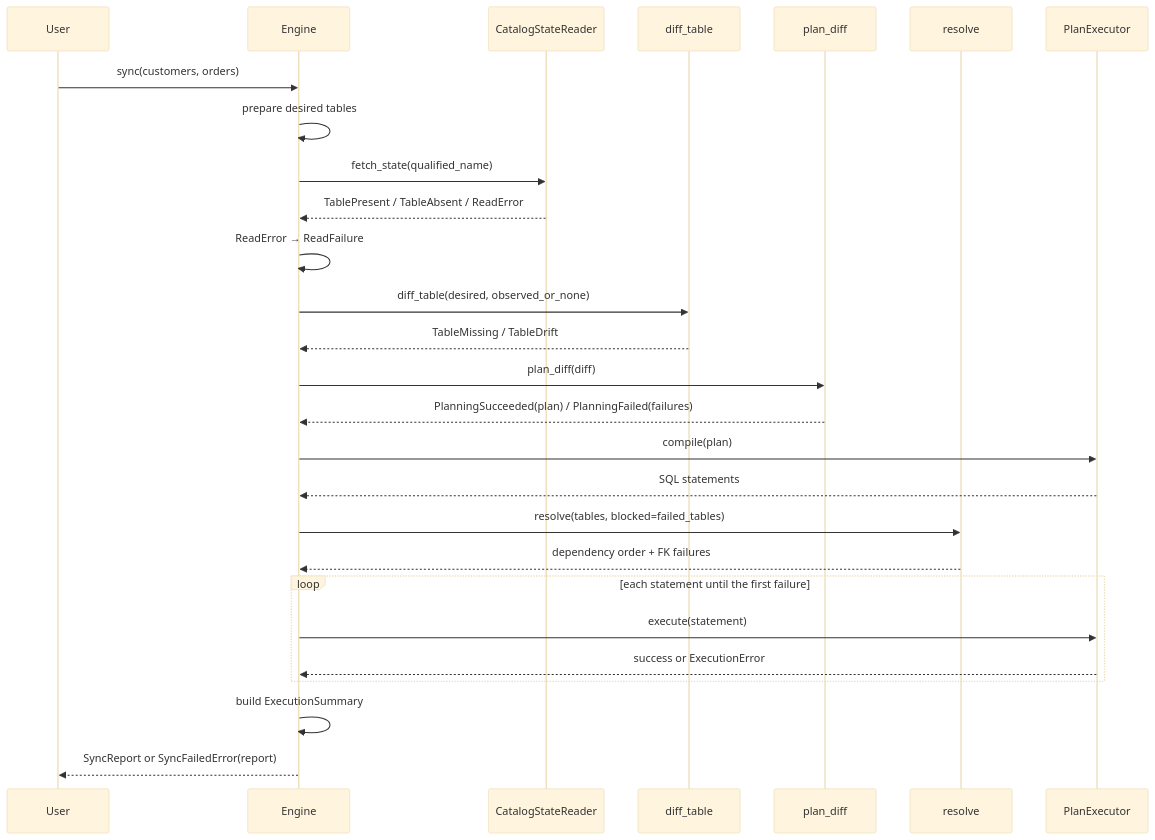
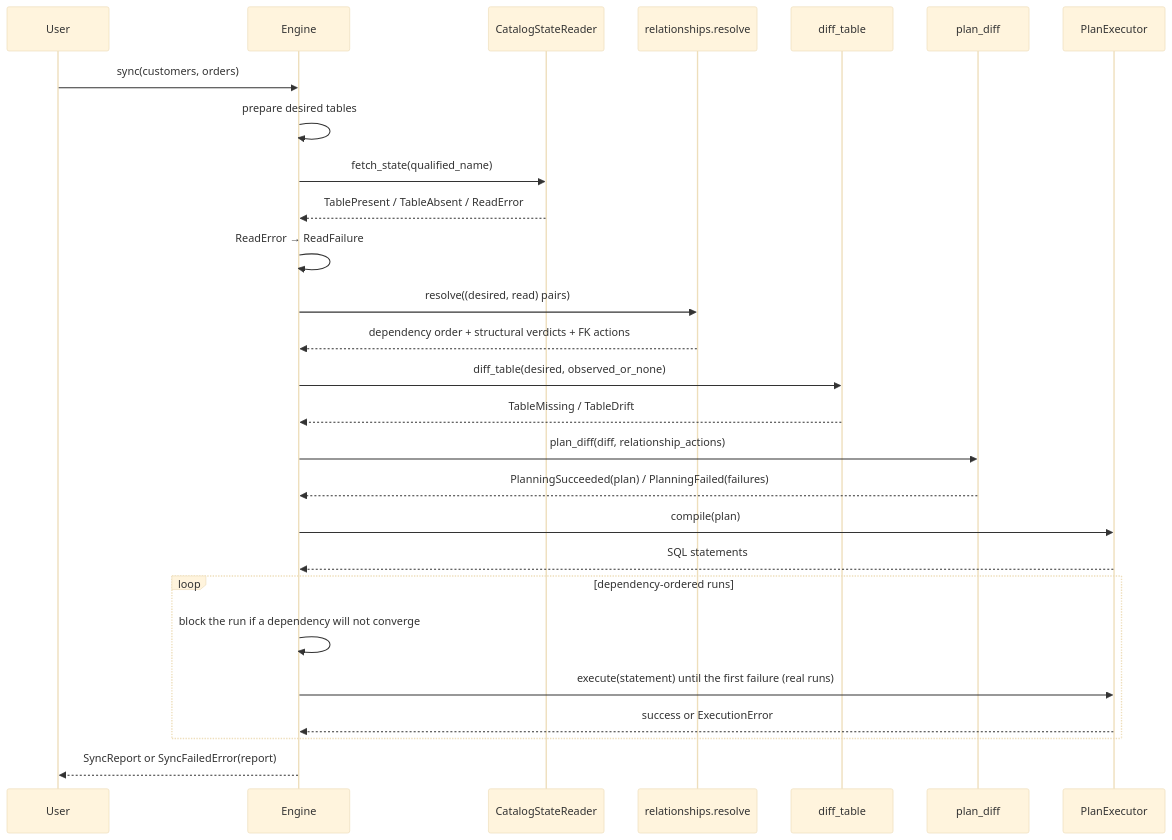
Before and after one commit to Tomoscorbin/delta-engine: the third of 5 diagrams in docs/explanation-architecture.md, drawn with Mermaid (base theme). The commit also changed other lines of this file and 3 other files, not shown here.

Commit message:
docs: describe the relationship resolver phase order

````diff
--- a/docs/explanation-architecture.md
+++ b/docs/explanation-architecture.md
@@ -273,30 +273,30 @@
 ```mermaid
 sequenceDiagram
     participant User
     participant Engine
     participant Reader as CatalogStateReader
+    participant Resolver as relationships.resolve
     participant Differ as diff_table
     participant Planner as plan_diff
-    participant Resolver as resolve
     participant Executor as PlanExecutor
 
     User->>Engine: sync(customers, orders)
     Engine->>Engine: prepare desired tables
     Engine->>Reader: fetch_state(qualified_name)
     Reader-->>Engine: TablePresent / TableAbsent / ReadError
     Engine->>Engine: ReadError → ReadFailure
+    Engine->>Resolver: resolve((desired, read) pairs)
+    Resolver-->>Engine: dependency order + structural verdicts + FK actions
     Engine->>Differ: diff_table(desired, observed_or_none)
     Differ-->>Engine: TableMissing / TableDrift
-    Engine->>Planner: plan_diff(diff)
+    Engine->>Planner: plan_diff(diff, relationship_actions)
     Planner-->>Engine: PlanningSucceeded(plan) / PlanningFailed(failures)
     Engine->>Executor: compile(plan)
     Executor-->>Engine: SQL statements
-    Engine->>Resolver: resolve(tables, blocked=failed_tables)
-    Resolver-->>Engine: dependency order + FK failures
-    loop each statement until the first failure
-        Engine->>Executor: execute(statement)
+    loop dependency-ordered runs
+        Engine->>Engine: block the run if a dependency will not converge
+        Engine->>Executor: execute(statement) until the first failure (real runs)
         Executor-->>Engine: success or ExecutionError
     end
-    Engine->>Engine: build ExecutionSummary
     Engine-->>User: SyncReport or SyncFailedError(report)
 ```
````
